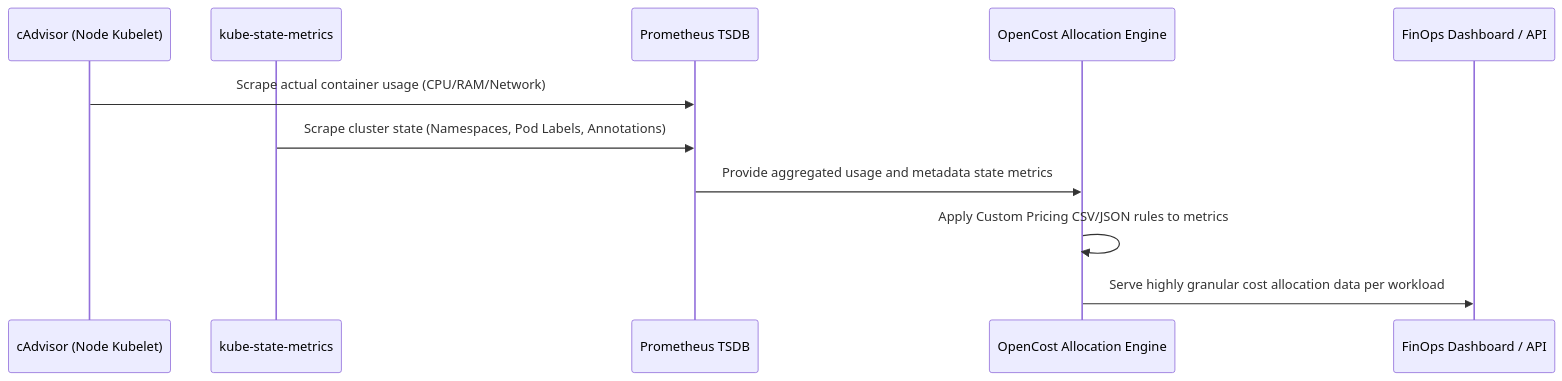
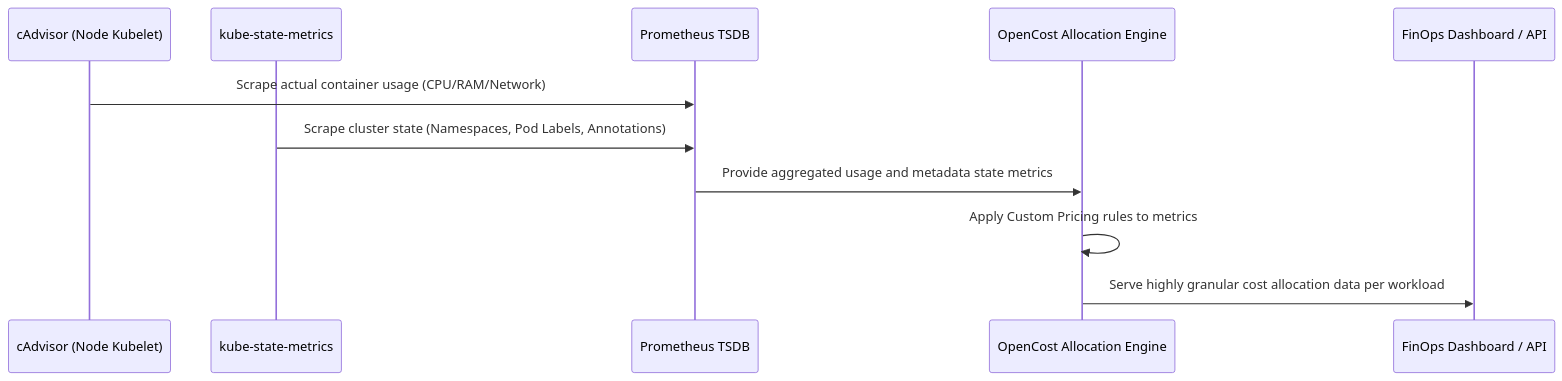
Before and after one commit to krisztiankoos/kubedojo: the second of 3 diagrams in src/content/docs/on-premises/planning/module-1.5-onprem-finops-chargeback.md, drawn with Mermaid. The commit also changed other lines of this file, not shown here.

````diff
--- a/src/content/docs/on-premises/planning/module-1.5-onprem-finops-chargeback.md
+++ b/src/content/docs/on-premises/planning/module-1.5-onprem-finops-chargeback.md
@@ -77,14 +77,14 @@
 ```mermaid
 sequenceDiagram
     participant Kubelet as cAdvisor (Node Kubelet)
     participant KSM as kube-state-metrics
     participant Prom as Prometheus TSDB
     participant OC as OpenCost Allocation Engine
     participant Dash as FinOps Dashboard / API
     
     Kubelet->>Prom: Scrape actual container usage (CPU/RAM/Network)
     KSM->>Prom: Scrape cluster state (Namespaces, Pod Labels, Annotations)
     Prom->>OC: Provide aggregated usage and metadata state metrics
-    OC->>OC: Apply Custom Pricing CSV/JSON rules to metrics
+    OC->>OC: Apply Custom Pricing rules to metrics
     OC->>Dash: Serve highly granular cost allocation data per workload
 ```
````
